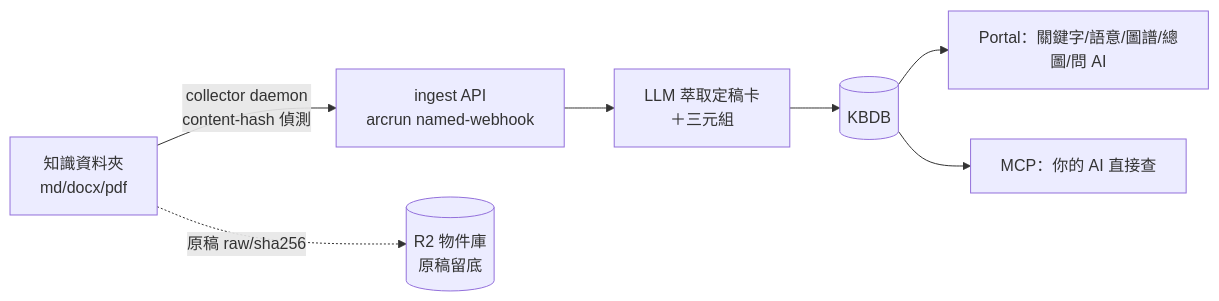
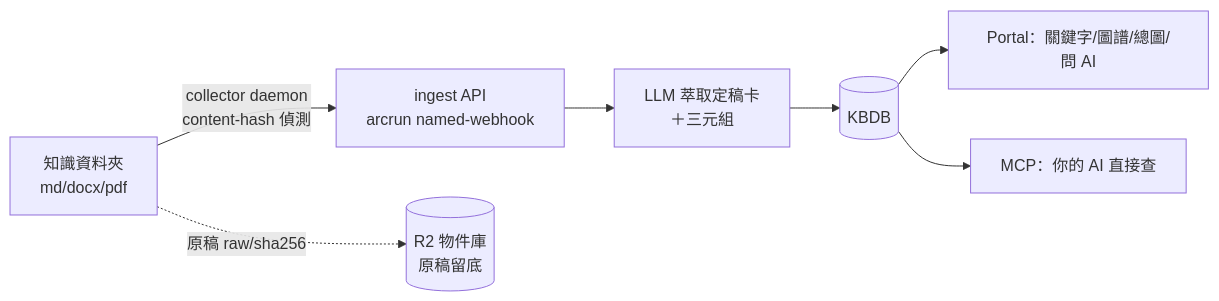
One commit to youlinhsieh/arcrun-rag changed the diagram in README.md. Above: the diagram before and after it, drawn with Mermaid. The commit also changed other lines of this file and 91 other files, not shown here.

````diff
--- a/README.md
+++ b/README.md
@@ -72,9 +72,9 @@
 ```mermaid
 flowchart LR
     A[知識資料夾<br>md/docx/pdf] -->|collector daemon<br>content-hash 偵測| B[ingest API<br>arcrun named-webhook]
     A -.->|原稿 raw/sha256| R[(R2 物件庫<br>原稿留底)]
     B --> C[LLM 萃取定稿卡<br>＋三元組]
     C --> D[(KBDB)]
-    D --> E[Portal：關鍵字/語意/圖譜/總圖/問 AI]
+    D --> E[Portal：關鍵字/圖譜/總圖/問 AI]
     D --> F[MCP：你的 AI 直接查]
 ```
````
